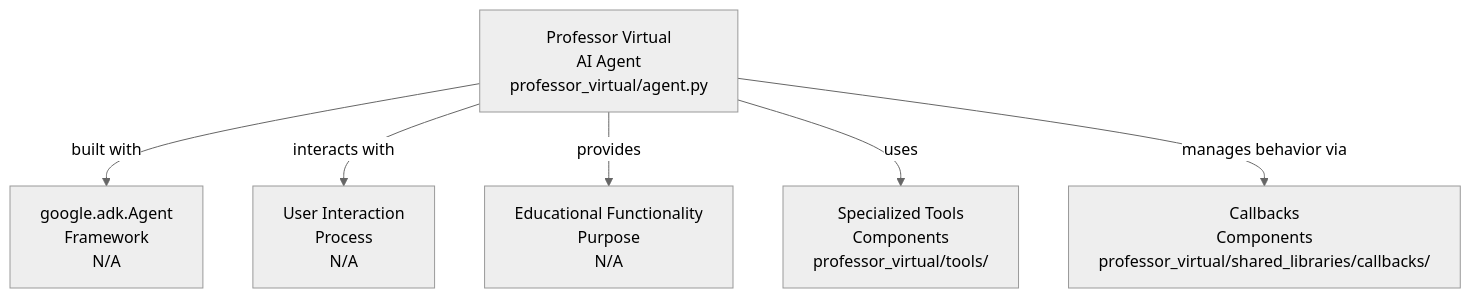
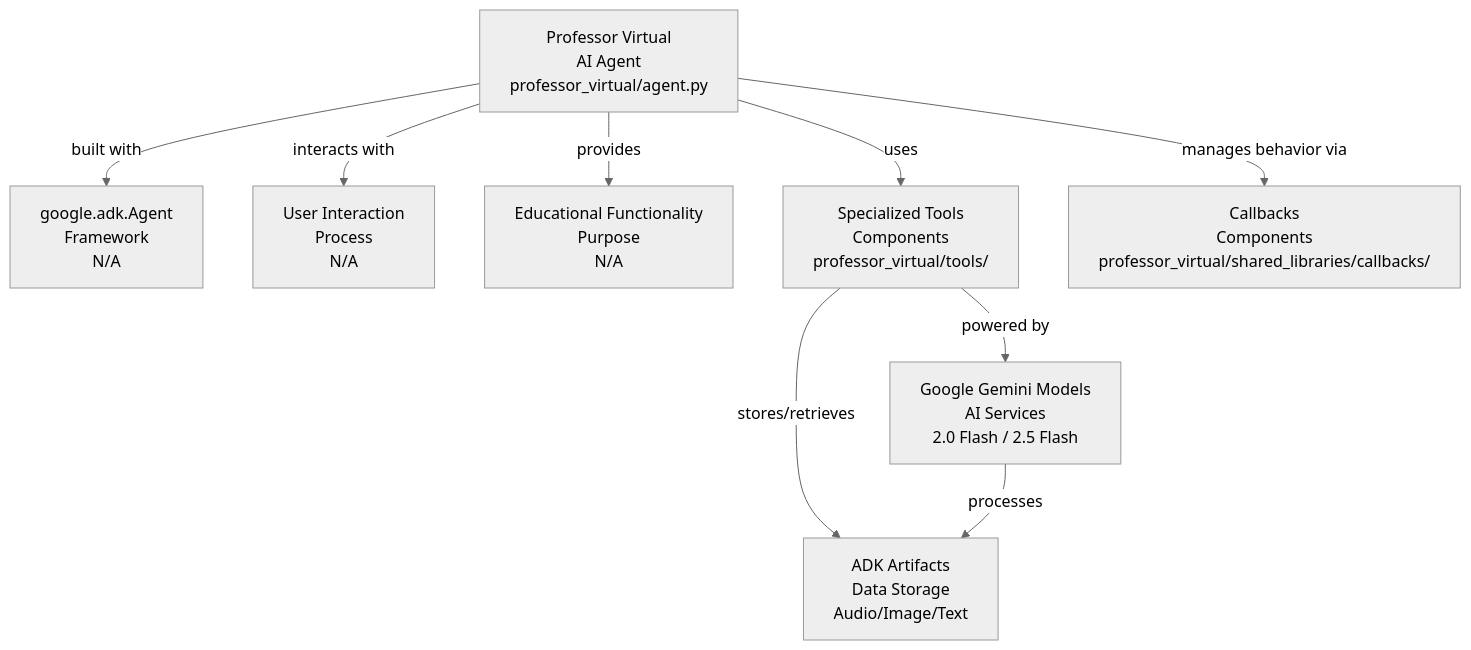
Before and after one commit to drdanielnutro/customer-service: the first of 2 diagrams in professor-virtual/professor_virtual/README.md, drawn with Mermaid (neutral theme). The commit also changed other lines of this file and 110 other files, not shown here.

````diff
--- a/professor-virtual/professor_virtual/README.md
+++ b/professor-virtual/professor_virtual/README.md
@@ -8,14 +8,20 @@
 ```mermaid
 graph TB
   professorVirtual["Professor Virtual<br>AI Agent<br>professor_virtual/agent.py"]
   googleAdkAgent["google.adk.Agent<br>Framework<br>N/A"]
+  googleGemini["Google Gemini Models<br>AI Services<br>2.0 Flash / 2.5 Flash"]
   userInteraction["User Interaction<br>Process<br>N/A"]
   educationalFunctionality["Educational Functionality<br>Purpose<br>N/A"]
   specializedTools["Specialized Tools<br>Components<br>professor_virtual/tools/"]
   callbacks["Callbacks<br>Components<br>professor_virtual/shared_libraries/callbacks/"]
+  artifacts["ADK Artifacts<br>Data Storage<br>Audio/Image/Text"]
+  
   professorVirtual --> |"built with"| googleAdkAgent
   professorVirtual --> |"interacts with"| userInteraction
   professorVirtual --> |"provides"| educationalFunctionality
   professorVirtual --> |"uses"| specializedTools
   professorVirtual --> |"manages behavior via"| callbacks
+  specializedTools --> |"powered by"| googleGemini
+  specializedTools --> |"stores/retrieves"| artifacts
+  googleGemini --> |"processes"| artifacts
 ```
````
